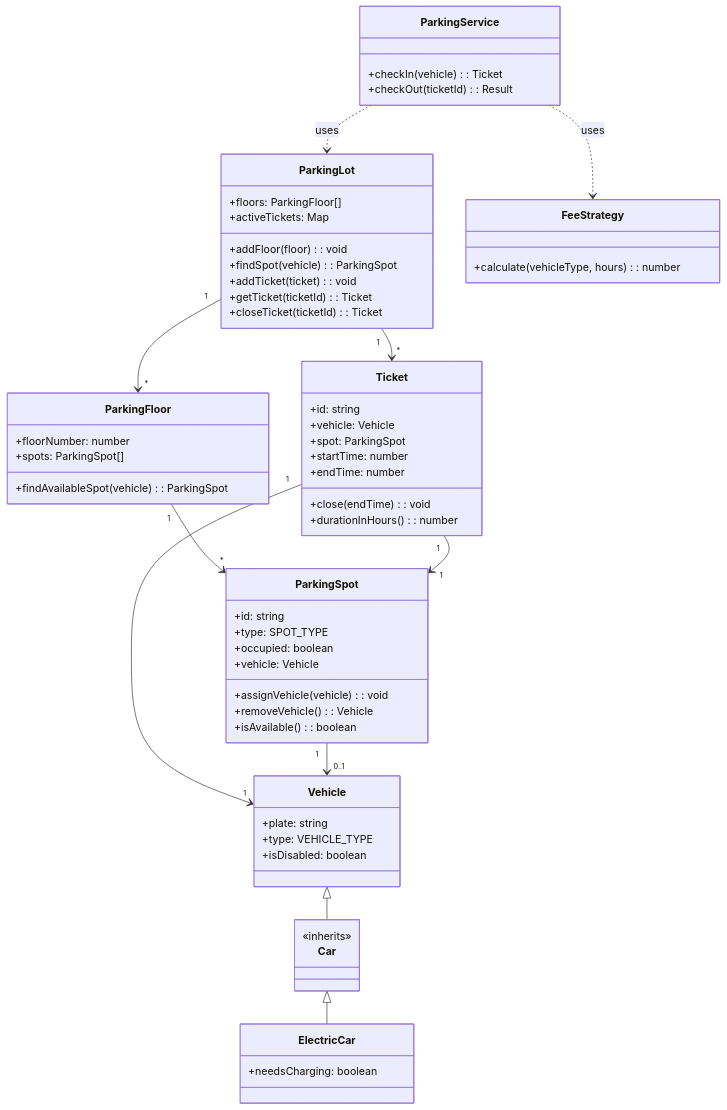
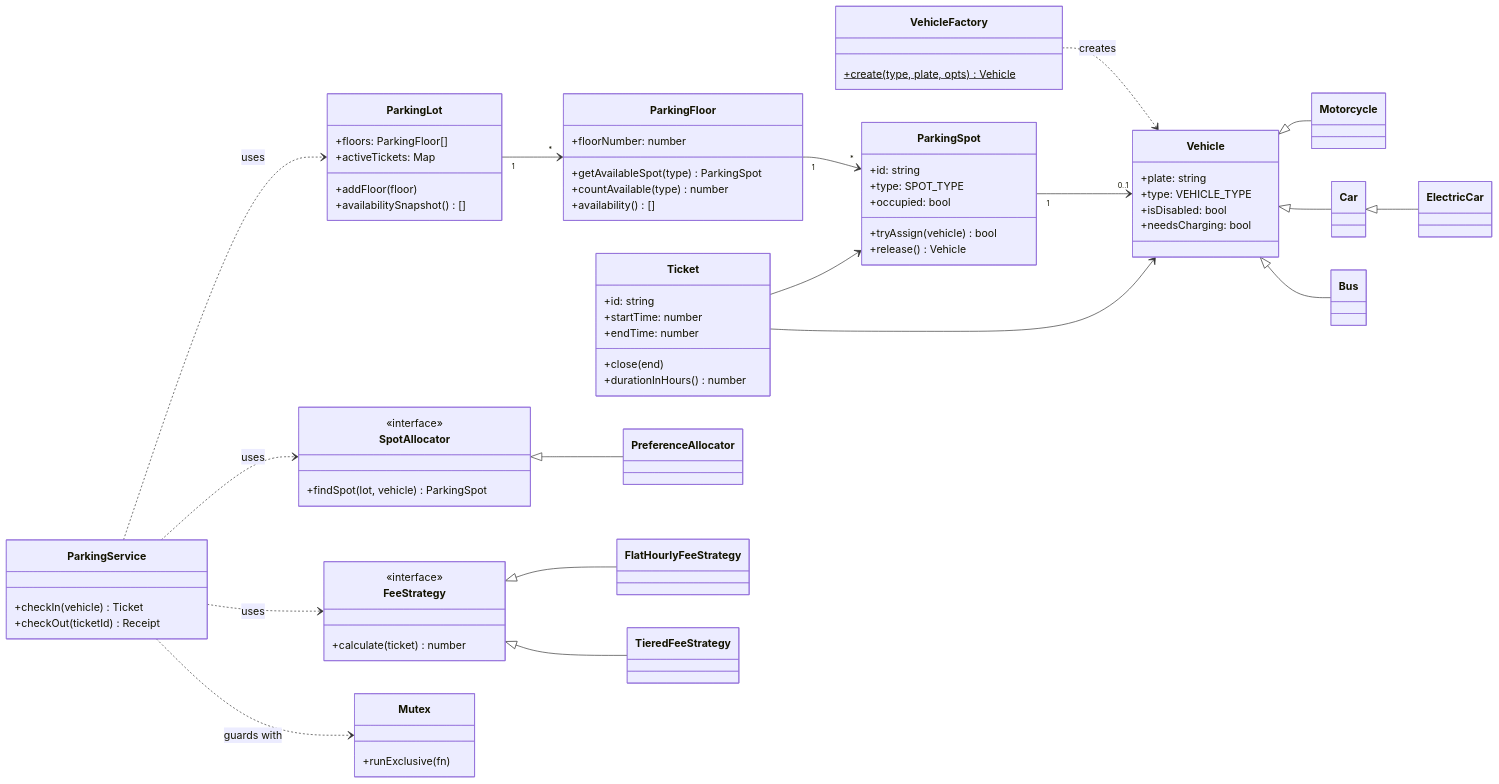
Before and after one commit to geopjinfo/parking-lot-lld: the first of 3 diagrams in ReadMe.md, drawn with Mermaid. The commit also changed other lines of this file and 26 other files, not shown here.

First line of the commit message:
Refactor parking system to support multiple vehicle types and improve allocation logic

````diff
--- a/ReadMe.md
+++ b/ReadMe.md
@@ -38,82 +95,85 @@
 ```mermaid
 classDiagram
+    direction LR
 
-%% ================= VEHICLES =================
-class Vehicle {
-  +plate: string
-  +type: VEHICLE_TYPE
-  +isDisabled: boolean
-}
+    class Vehicle {
+      +plate: string
+      +type: VEHICLE_TYPE
+      +isDisabled: bool
+      +needsCharging: bool
+    }
+    class Motorcycle
+    class Car
+    class ElectricCar
+    class Bus
+    class VehicleFactory {
+      +create(type, plate, opts)$ Vehicle
+    }
+    Vehicle <|-- Motorcycle
+    Vehicle <|-- Car
+    Car <|-- ElectricCar
+    Vehicle <|-- Bus
+    VehicleFactory ..> Vehicle : creates
 
-class Car {
-  <<inherits>>
-}
+    class ParkingSpot {
+      +id: string
+      +type: SPOT_TYPE
+      +occupied: bool
+      +tryAssign(vehicle) bool
+      +release() Vehicle
+    }
+    class ParkingFloor {
+      +floorNumber: number
+      +getAvailableSpot(type) ParkingSpot
+      +countAvailable(type) number
+      +availability() []
+    }
+    class ParkingLot {
+      +floors: ParkingFloor[]
+      +activeTickets: Map
+      +addFloor(floor)
+      +availabilitySnapshot() []
+    }
+    ParkingLot "1" --> "*" ParkingFloor
+    ParkingFloor "1" --> "*" ParkingSpot
+    ParkingSpot "1" --> "0..1" Vehicle
 
-class ElectricCar {
-  +needsCharging: boolean
-}
+    class Ticket {
+      +id: string
+      +startTime: number
+      +endTime: number
+      +close(end)
+      +durationInHours() number
+    }
+    Ticket --> Vehicle
+    Ticket --> ParkingSpot
 
-Vehicle <|-- Car
-Car <|-- ElectricCar
+    class SpotAllocator {
+      <<interface>>
+      +findSpot(lot, vehicle) ParkingSpot
+    }
+    class PreferenceAllocator
+    SpotAllocator <|-- PreferenceAllocator
 
-%% ================= SPOTS =================
-class ParkingSpot {
-  +id: string
-  +type: SPOT_TYPE
-  +occupied: boolean
-  +vehicle: Vehicle
-  +assignVehicle(vehicle): void
-  +removeVehicle(): Vehicle
-  +isAvailable(): boolean
-}
+    class FeeStrategy {
+      <<interface>>
+      +calculate(ticket) number
+    }
+    class FlatHourlyFeeStrategy
+    class TieredFeeStrategy
+    FeeStrategy <|-- FlatHourlyFeeStrategy
+    FeeStrategy <|-- TieredFeeStrategy
 
-%% ================= FLOORS =================
-class ParkingFloor {
-  +floorNumber: number
-  +spots: ParkingSpot[]
-  +findAvailableSpot(vehicle): ParkingSpot
-}
+    class ParkingService {
+      +checkIn(vehicle) Ticket
+      +checkOut(ticketId) Receipt
+    }
+    ParkingService ..> ParkingLot : uses
+    ParkingService ..> SpotAllocator : uses
+    ParkingService ..> FeeStrategy : uses
+    ParkingService ..> Mutex : guards with
 
-%% ================= TICKETS =================
-class Ticket {
-  +id: string
-  +vehicle: Vehicle
-  +spot: ParkingSpot
-  +startTime: number
-  +endTime: number
-  +close(endTime): void
-  +durationInHours(): number
-}
-
-%% ================= LOT =================
-class ParkingLot {
-  +floors: ParkingFloor[]
-  +activeTickets: Map
-  +addFloor(floor): void
-  +findSpot(vehicle): ParkingSpot
-  +addTicket(ticket): void
-  +getTicket(ticketId): Ticket
-  +closeTicket(ticketId): Ticket
-}
-
-%% ================= SERVICE =================
-class ParkingService {
-  +checkIn(vehicle): Ticket
-  +checkOut(ticketId): Result
-}
-
-class FeeStrategy {
-  +calculate(vehicleType, hours): number
-}
-
-%% ================= RELATIONSHIPS =================
-ParkingLot "1" --> "*" ParkingFloor
-ParkingFloor "1" --> "*" ParkingSpot
-ParkingService ..> ParkingLot : uses
-ParkingService ..> FeeStrategy : uses
-ParkingLot "1" --> "*" Ticket
-Ticket "1" --> "1" Vehicle
-Ticket "1" --> "1" ParkingSpot
-ParkingSpot "1" --> "0..1" Vehicle
-
+    class Mutex {
+      +runExclusive(fn)
+    }
 ```
````
